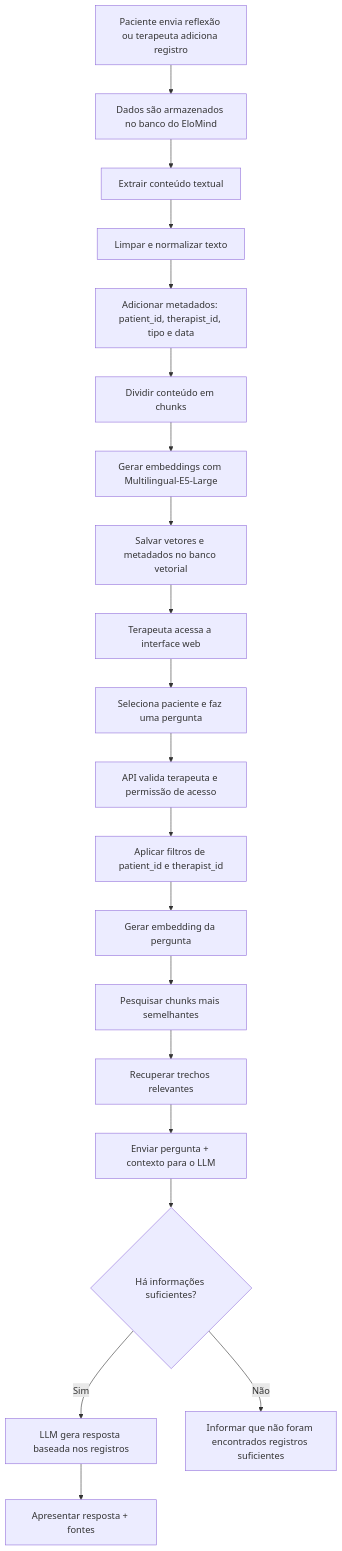
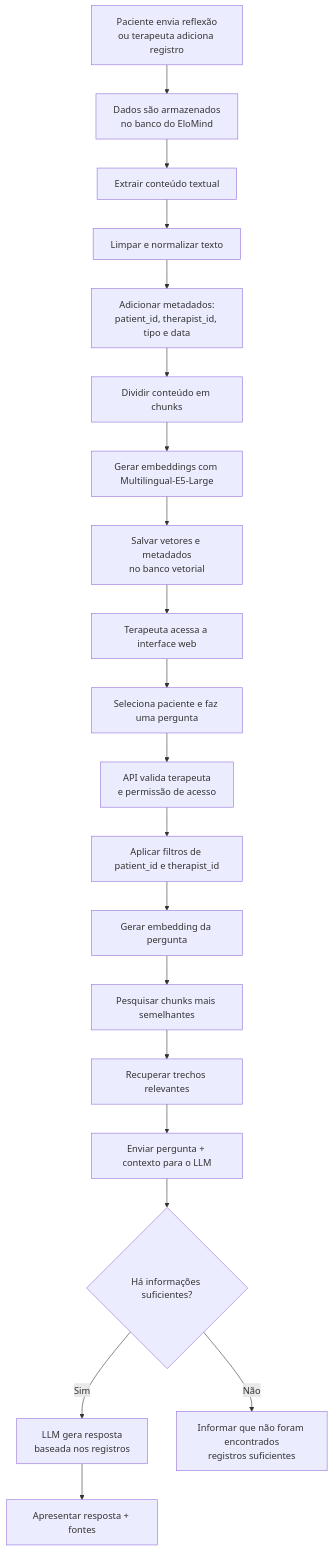
Before and after one commit to alisson10000/residencia_ia: the first of 2 diagrams in AULA_06/cenarios.md, drawn with Mermaid. The commit also changed other lines of this file, not shown here.

Commit message:
correção nas caixas dos diagramas

````diff
--- a/AULA_06/cenarios.md
+++ b/AULA_06/cenarios.md
@@ -563,22 +563,22 @@
 ```mermaid
 flowchart TD
-    A[Paciente envia reflexão ou terapeuta adiciona registro] --> B[Dados são armazenados no banco do EloMind]
+    A[Paciente envia reflexão<br/>ou terapeuta adiciona registro] --> B[Dados são armazenados<br/>no banco do EloMind]
     B --> C[Extrair conteúdo textual]
     C --> D[Limpar e normalizar texto]
-    D --> E[Adicionar metadados: patient_id, therapist_id, tipo e data]
+    D --> E[Adicionar metadados:<br/>patient_id, therapist_id, tipo e data]
     E --> F[Dividir conteúdo em chunks]
     F --> G[Gerar embeddings com Multilingual-E5-Large]
-    G --> H[Salvar vetores e metadados no banco vetorial]
+    G --> H[Salvar vetores e metadados<br/>no banco vetorial]
     H --> I[Terapeuta acessa a interface web]
     I --> J[Seleciona paciente e faz uma pergunta]
-    J --> K[API valida terapeuta e permissão de acesso]
+    J --> K[API valida terapeuta<br/>e permissão de acesso]
     K --> L[Aplicar filtros de patient_id e therapist_id]
     L --> M[Gerar embedding da pergunta]
     M --> N[Pesquisar chunks mais semelhantes]
     N --> O[Recuperar trechos relevantes]
     O --> P[Enviar pergunta + contexto para o LLM]
     P --> Q{Há informações suficientes?}
-    Q -- Sim --> R[LLM gera resposta baseada nos registros]
+    Q -- Sim --> R[LLM gera resposta<br/>baseada nos registros]
     R --> S[Apresentar resposta + fontes]
-    Q -- Não --> T[Informar que não foram encontrados registros suficientes]
+    Q -- Não --> T[Informar que não foram encontrados<br/>registros suficientes]
 ```
````
